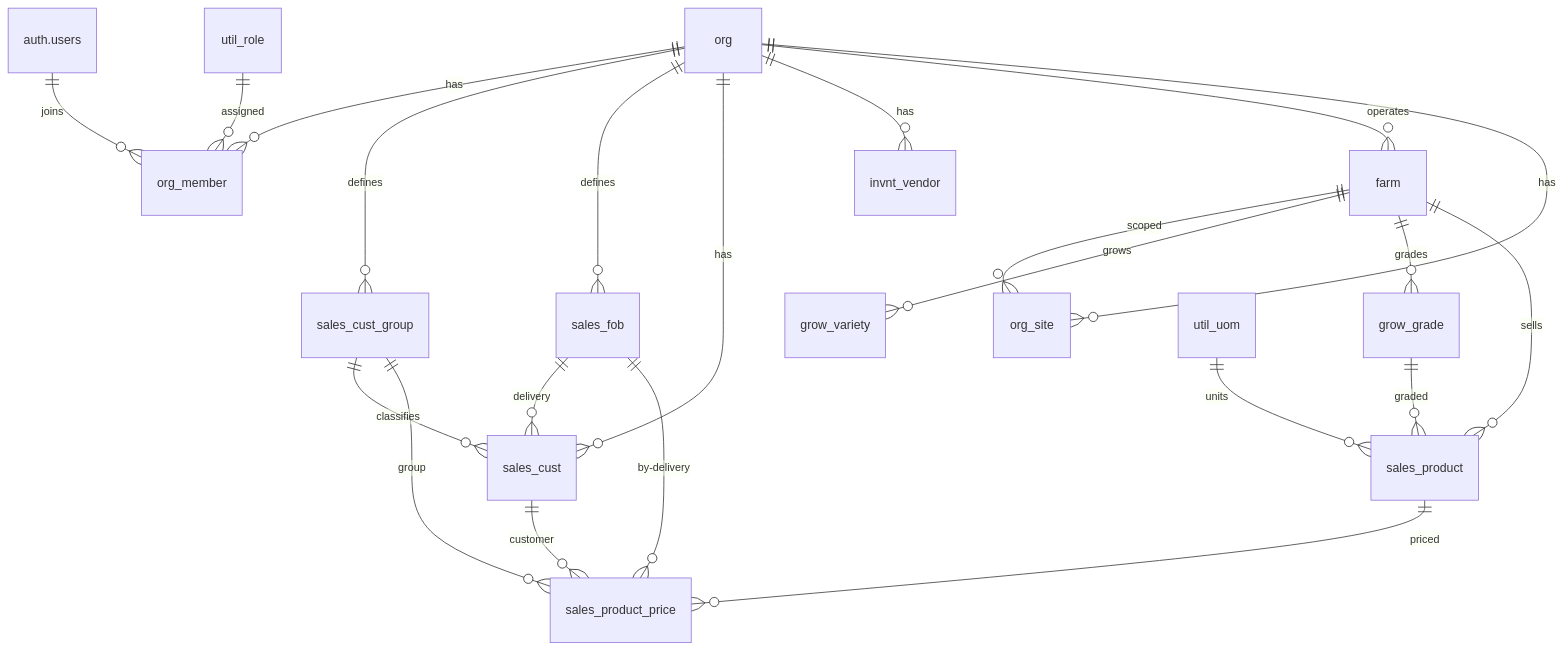
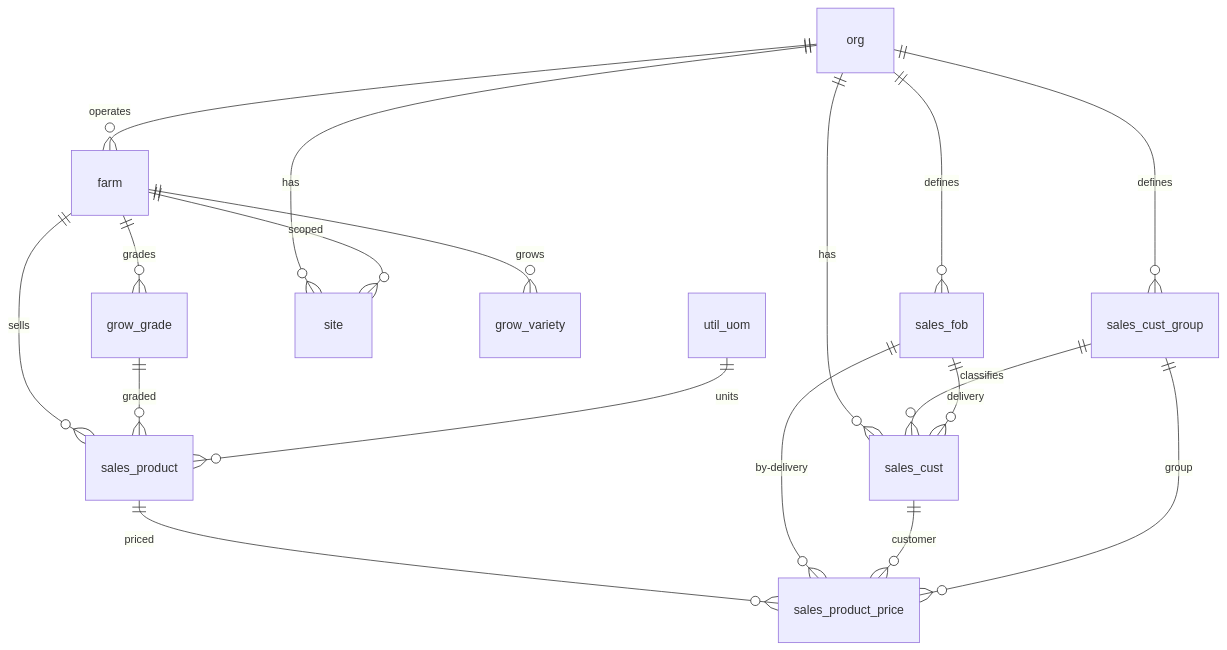
One commit to Hawaii-Farming/aloha-app changed the diagram in docs/schemas/core.md. Above: the diagram before and after it, drawn with Mermaid. The commit also changed other lines of this file and 40 other files, not shown here.

First line of the commit message:
Refactor schema: HR module expansion, inventory cleanup, and conventions

````diff
--- a/docs/schemas/core.md
+++ b/docs/schemas/core.md
@@ -7,24 +9,20 @@
 ```mermaid
 erDiagram
-    org ||--o{ org_member : has
-    auth.users ||--o{ org_member : joins
-    util_role ||--o{ org_member : assigned
     org ||--o{ sales_cust_group : defines
     org ||--o{ sales_fob : defines
     org ||--o{ sales_cust : has
     sales_cust_group ||--o{ sales_cust : classifies
     sales_fob ||--o{ sales_cust : delivery
-    org ||--o{ invnt_vendor : has
     org ||--o{ farm : operates
-    org ||--o{ org_site : has
-    farm ||--o{ org_site : scoped
+    org ||--o{ site : has
+    farm ||--o{ site : scoped
     farm ||--o{ grow_variety : grows
     farm ||--o{ grow_grade : grades
     farm ||--o{ sales_product : sells
     grow_grade ||--o{ sales_product : graded
     util_uom ||--o{ sales_product : units
     sales_product ||--o{ sales_product_price : priced
     sales_fob ||--o{ sales_product_price : by-delivery
     sales_cust ||--o{ sales_product_price : customer
     sales_cust_group ||--o{ sales_product_price : group
 ```
````
